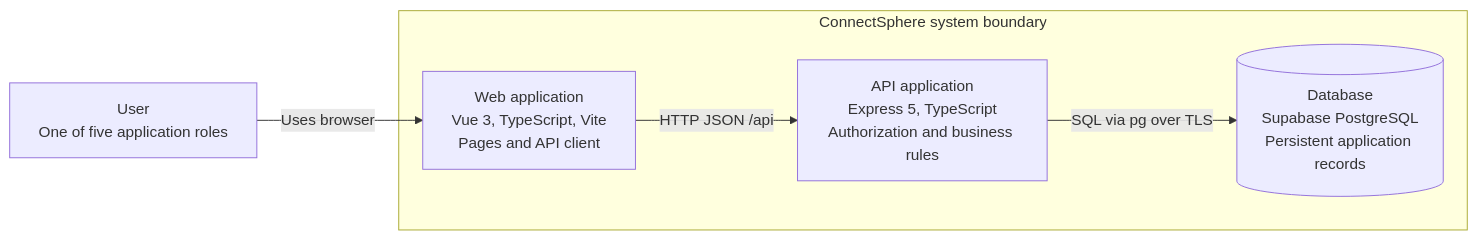
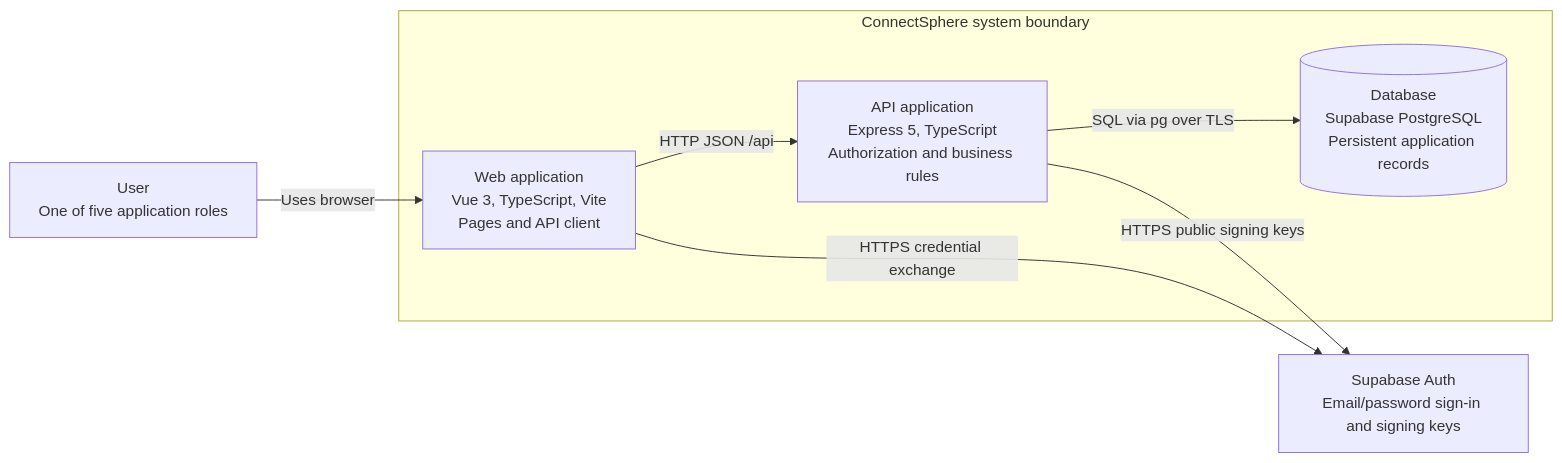
Before and after one commit to MochaLxtte/ConnectSphere: the second of 3 diagrams in docs/architecture/README.md, drawn with Mermaid. The commit also changed other lines of this file and 23 other files, not shown here.

````diff
--- a/docs/architecture/README.md
+++ b/docs/architecture/README.md
@@ -26,12 +28,15 @@
 ```mermaid
 flowchart LR
   user["User<br/>One of five application roles"]
+  identity["Supabase Auth<br/>Email/password sign-in and signing keys"]
   subgraph boundary["ConnectSphere system boundary"]
     web["Web application<br/>Vue 3, TypeScript, Vite<br/>Pages and API client"]
     api["API application<br/>Express 5, TypeScript<br/>Authorization and business rules"]
     db[("Database<br/>Supabase PostgreSQL<br/>Persistent application records")]
   end
   user -->|Uses browser| web
   web -->|HTTP JSON /api| api
+  web -->|HTTPS credential exchange| identity
+  api -->|HTTPS public signing keys| identity
   api -->|SQL via pg over TLS| db
 ```
````
